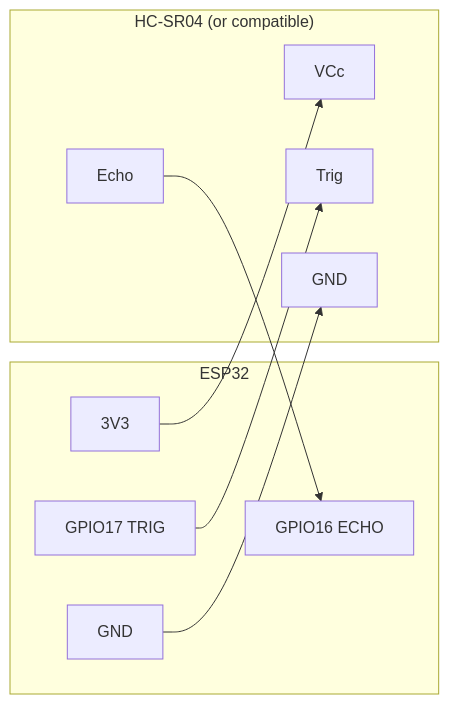
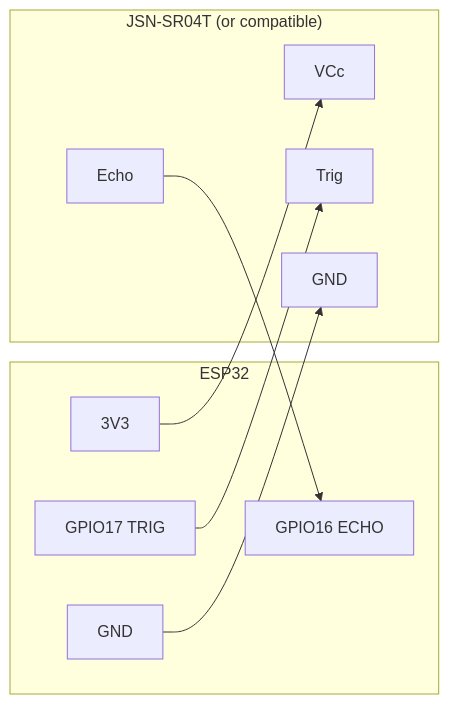
One commit to raviprakash1/WaterTankMonitoringSystem changed the first of 2 diagrams in README.md. Above: the diagram before and after it, drawn with Mermaid. The commit also changed other lines of this file, not shown here.

````diff
--- a/README.md
+++ b/README.md
@@ -37,21 +37,21 @@
 ```mermaid
 flowchart LR
   subgraph ESP32["ESP32"]
     GND_ESP[GND]
     V33[3V3]
     IO17["GPIO17 TRIG"]
     IO16["GPIO16 ECHO"]
   end
 
-  subgraph US["HC-SR04 (or compatible)"]
+  subgraph US["JSN-SR04T (or compatible)"]
     VCC[VCc]
     TRIG[Trig]
     ECHO[Echo]
     GND_US[GND]
   end
 
   IO17 --> TRIG
   ECHO --> IO16
   V33 --> VCC
   GND_ESP --> GND_US
 ```
````
